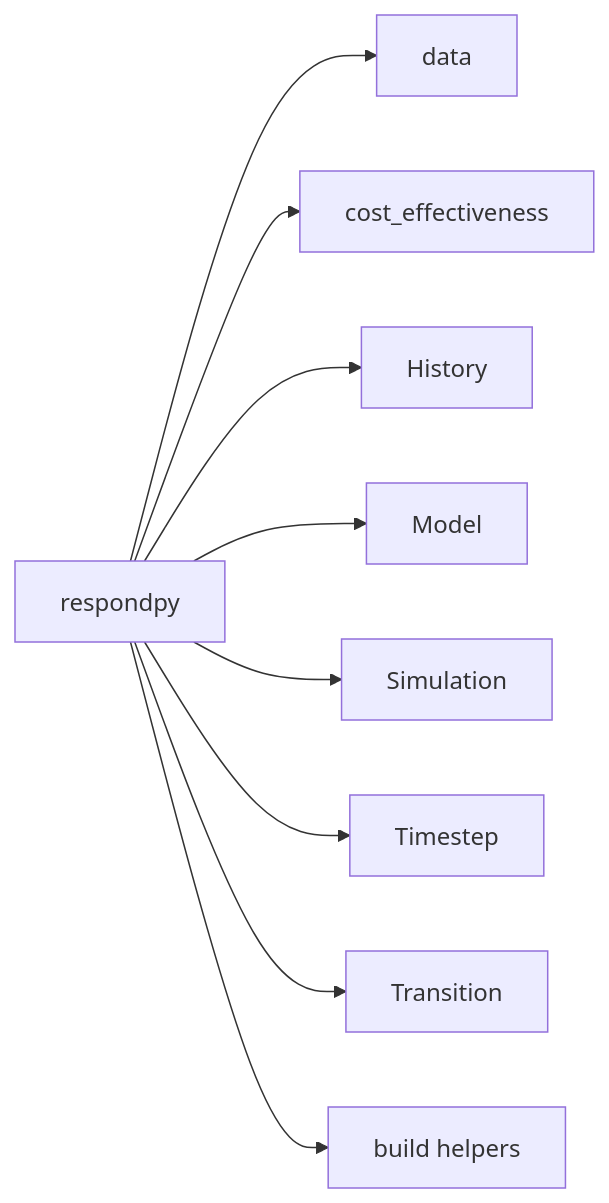
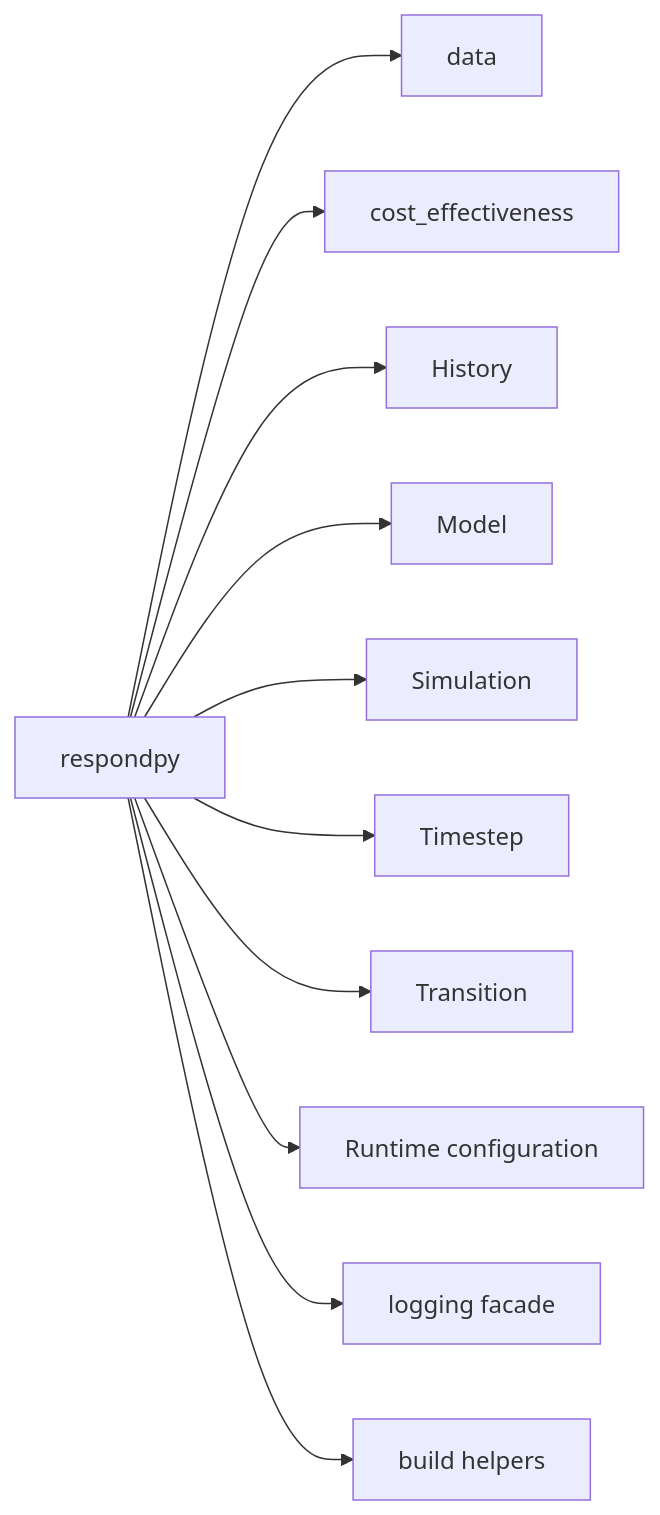
The diagram in docs/source/references/package.md (SyndemicsLab/respondpy), drawn with Mermaid before and after one commit. The commit also changed other lines of this file and 43 other files, not shown here.

````diff
--- a/docs/source/references/package.md
+++ b/docs/source/references/package.md
@@ -18,11 +23,13 @@
 ```mermaid
 flowchart LR
 	respondpy[respondpy] --> data[data]
 	respondpy --> cost[cost_effectiveness]
 	respondpy --> history[History]
 	respondpy --> model[Model]
 	respondpy --> simulation[Simulation]
 	respondpy --> timestep[Timestep]
 	respondpy --> transition[Transition]
+	 respondpy --> config[Runtime configuration]
+	 respondpy --> logging[logging facade]
 	respondpy --> build[build helpers]
 ```
````
